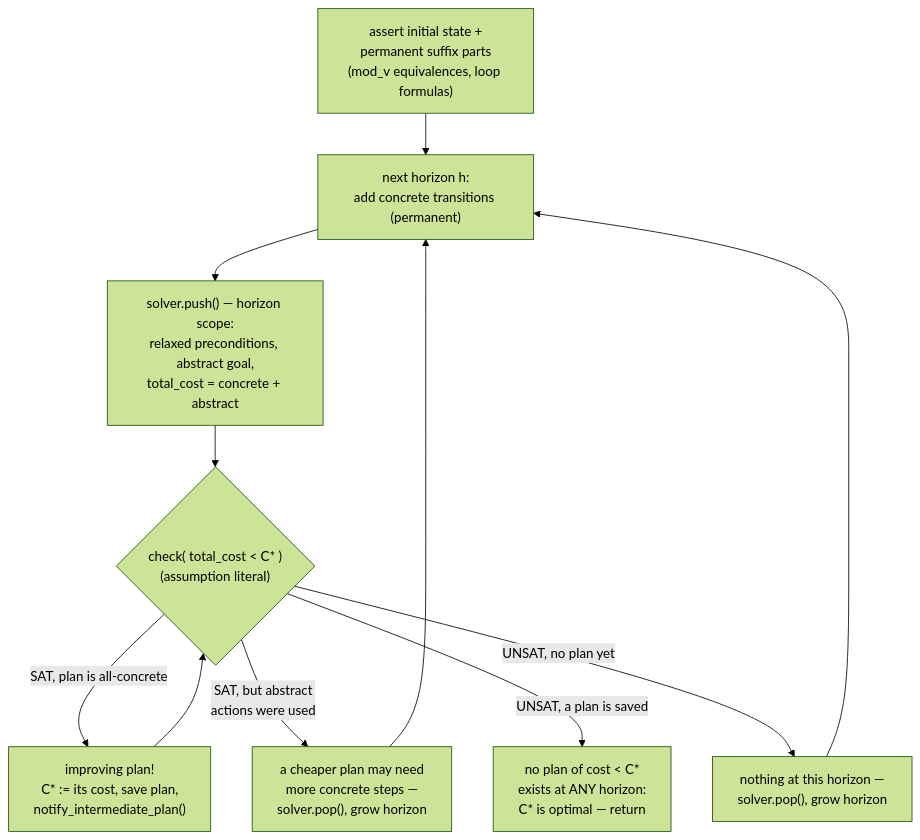
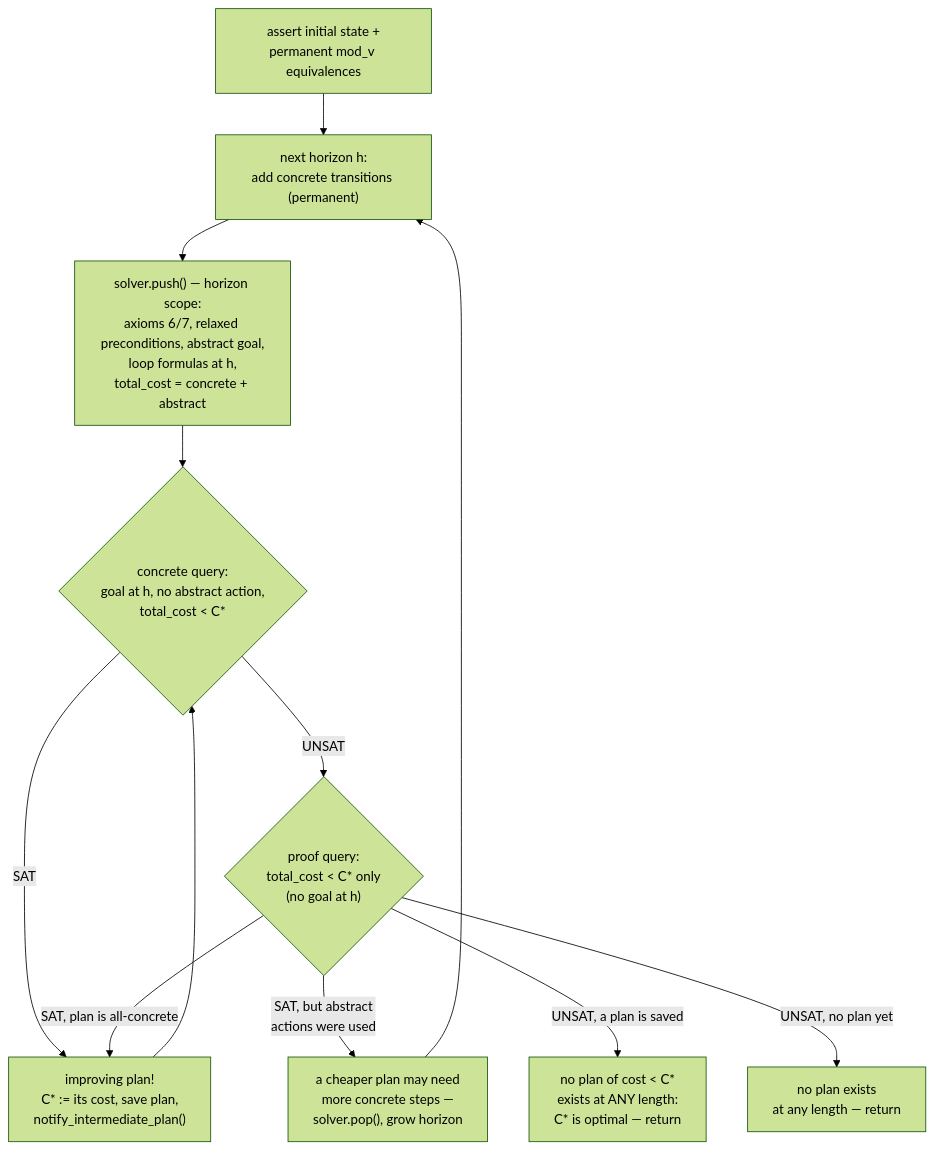
One commit to pyPMT/RanTanPlan changed the second of 2 diagrams in developer-docs/encoders-and-planners.md. Above: the diagram before and after it, drawn with Mermaid (forest theme). The commit also changed other lines of this file and 9 other files, not shown here.

````diff
--- a/developer-docs/encoders-and-planners.md
+++ b/developer-docs/encoders-and-planners.md
@@ -230,13 +239,14 @@
 ```mermaid
 flowchart TD
-    S["assert initial state +<br/>permanent suffix parts<br/>(mod_v equivalences, loop formulas)"] --> H["next horizon h:<br/>add concrete transitions (permanent)"]
-    H --> P["solver.push() — horizon scope:<br/>relaxed preconditions, abstract goal,<br/>total_cost = concrete + abstract"]
-    P --> C{"check( total_cost < C* )<br/>(assumption literal)"}
-    C -->|"SAT, plan is all-concrete"| U["improving plan!<br/>C* := its cost, save plan,<br/>notify_intermediate_plan()"]
+    S["assert initial state +<br/>permanent mod_v equivalences"] --> H["next horizon h:<br/>add concrete transitions (permanent)"]
+    H --> P["solver.push() — horizon scope:<br/>axioms 6/7, relaxed preconditions, abstract goal,<br/>loop formulas at h,<br/>total_cost = concrete + abstract"]
+    P --> C{"concrete query:<br/>goal at h, no abstract action,<br/>total_cost < C*"}
+    C -->|SAT| U["improving plan!<br/>C* := its cost, save plan,<br/>notify_intermediate_plan()"]
     U --> C
-    C -->|"SAT, but abstract<br/>actions were used"| N["a cheaper plan may need<br/>more concrete steps —<br/>solver.pop(), grow horizon"]
+    C -->|UNSAT| Q{"proof query:<br/>total_cost < C* only<br/>(no goal at h)"}
+    Q -->|"SAT, plan is all-concrete"| U
+    Q -->|"SAT, but abstract<br/>actions were used"| N["a cheaper plan may need<br/>more concrete steps —<br/>solver.pop(), grow horizon"]
     N --> H
-    C -->|"UNSAT, a plan is saved"| O["no plan of cost < C*<br/>exists at ANY horizon:<br/>C* is optimal — return"]
-    C -->|"UNSAT, no plan yet"| N2["nothing at this horizon —<br/>solver.pop(), grow horizon"]
-    N2 --> H
+    Q -->|"UNSAT, a plan is saved"| O["no plan of cost < C*<br/>exists at ANY length:<br/>C* is optimal — return"]
+    Q -->|"UNSAT, no plan yet"| X["no plan exists<br/>at any length — return"]
 ```
````
